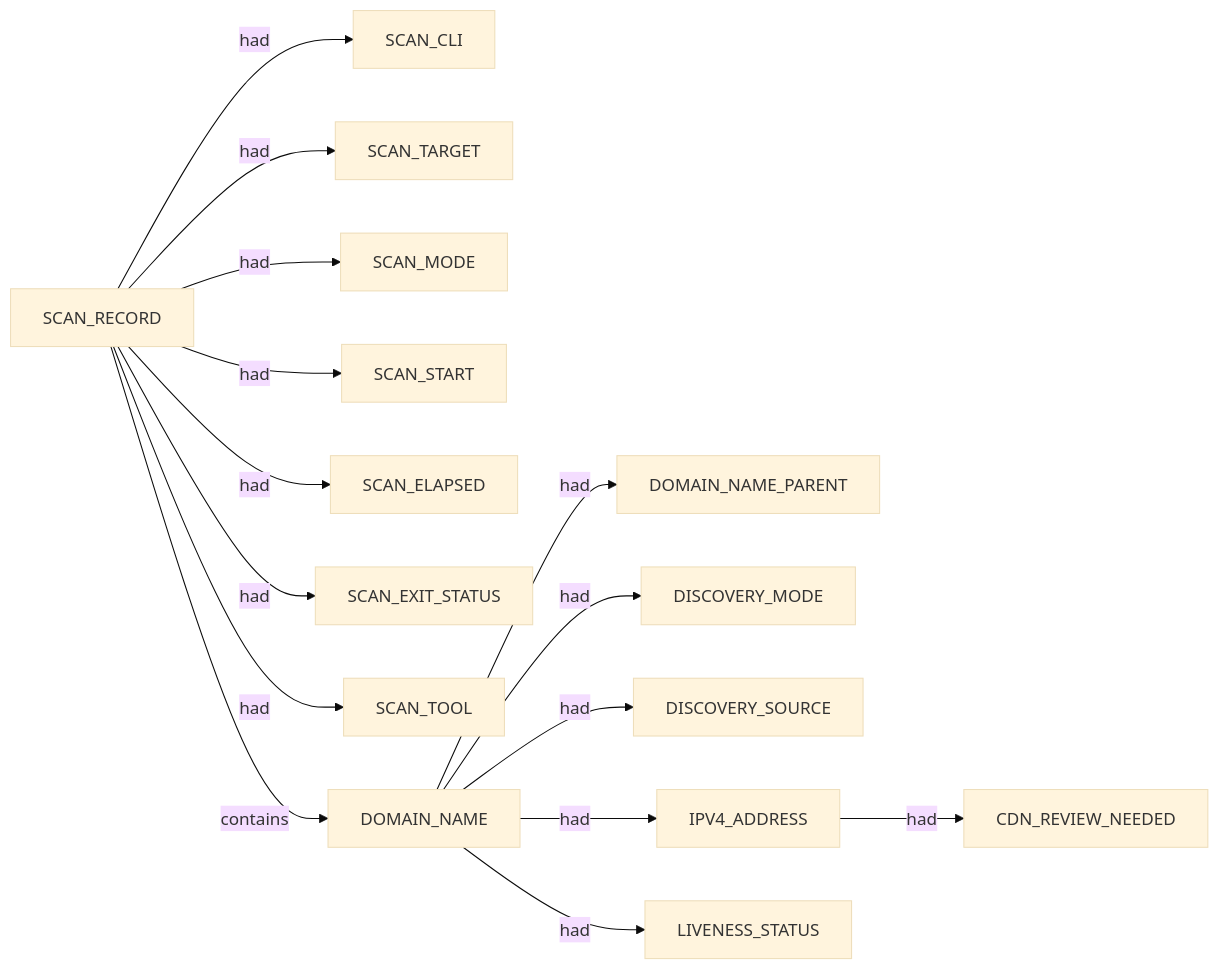
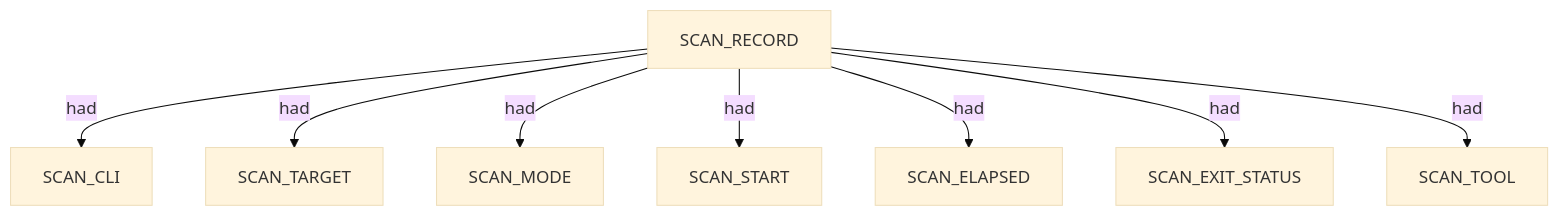
Before and after one commit to brettforbes/spiderfeet: the first of 3 diagrams in .docs/docs-for-cli-tools/nugget_structure/subfinder_corporate_k2am_active_oI_proposed_nuggets_edges_description.md, drawn with Mermaid (base theme). The commit also changed other lines of this file and 17 other files, not shown here.

````diff
--- a/.docs/docs-for-cli-tools/nugget_structure/subfinder_corporate_k2am_active_oI_proposed_nuggets_edges_description.md
+++ b/.docs/docs-for-cli-tools/nugget_structure/subfinder_corporate_k2am_active_oI_proposed_nuggets_edges_description.md
@@ -21,17 +13,18 @@
 ```mermaid
-flowchart LR
-  SCAN_RECORD -->|had| SCAN_CLI
-  SCAN_RECORD -->|had| SCAN_TARGET
-  SCAN_RECORD -->|had| SCAN_MODE
-  SCAN_RECORD -->|had| SCAN_START
-  SCAN_RECORD -->|had| SCAN_ELAPSED
-  SCAN_RECORD -->|had| SCAN_EXIT_STATUS
-  SCAN_RECORD -->|had| SCAN_TOOL
-  SCAN_RECORD -->|contains| DOMAIN_NAME
-  DOMAIN_NAME -->|had| DOMAIN_NAME_PARENT
-  DOMAIN_NAME -->|had| DISCOVERY_MODE
-  DOMAIN_NAME -->|had| DISCOVERY_SOURCE
-  DOMAIN_NAME -->|had| IPV4_ADDRESS
-  DOMAIN_NAME -->|had| LIVENESS_STATUS
-  IPV4_ADDRESS -->|had| CDN_REVIEW_NEEDED
+flowchart TD
+  scan_record_1["SCAN_RECORD"]
+  scan_cli_2["SCAN_CLI"]
+  scan_record_1 -->|had| scan_cli_2
+  scan_target_3["SCAN_TARGET"]
+  scan_record_1 -->|had| scan_target_3
+  scan_mode_4["SCAN_MODE"]
+  scan_record_1 -->|had| scan_mode_4
+  scan_start_5["SCAN_START"]
+  scan_record_1 -->|had| scan_start_5
+  scan_elapsed_6["SCAN_ELAPSED"]
+  scan_record_1 -->|had| scan_elapsed_6
+  scan_exit_status_7["SCAN_EXIT_STATUS"]
+  scan_record_1 -->|had| scan_exit_status_7
+  scan_tool_8["SCAN_TOOL"]
+  scan_record_1 -->|had| scan_tool_8
 ```
````
